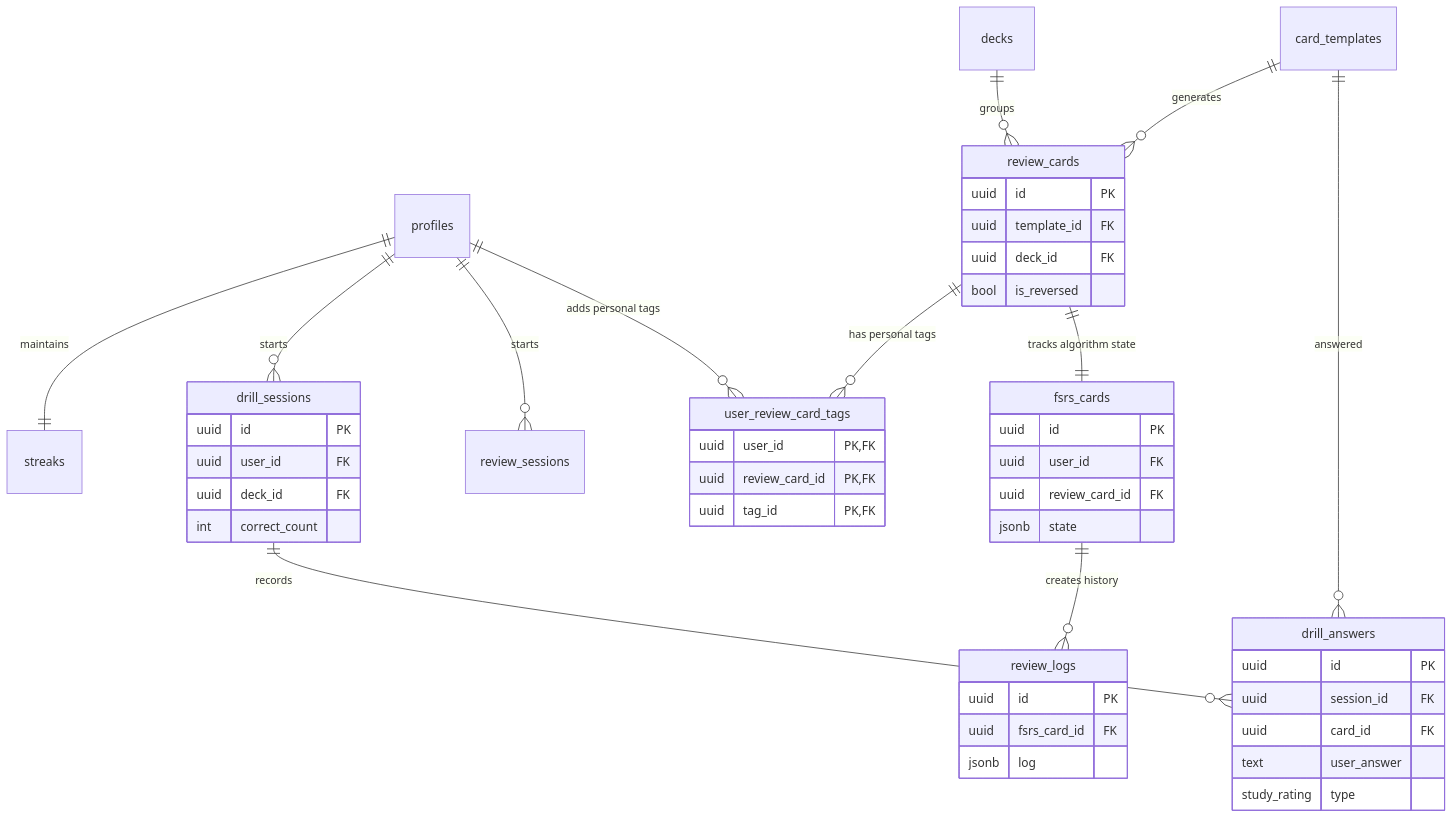
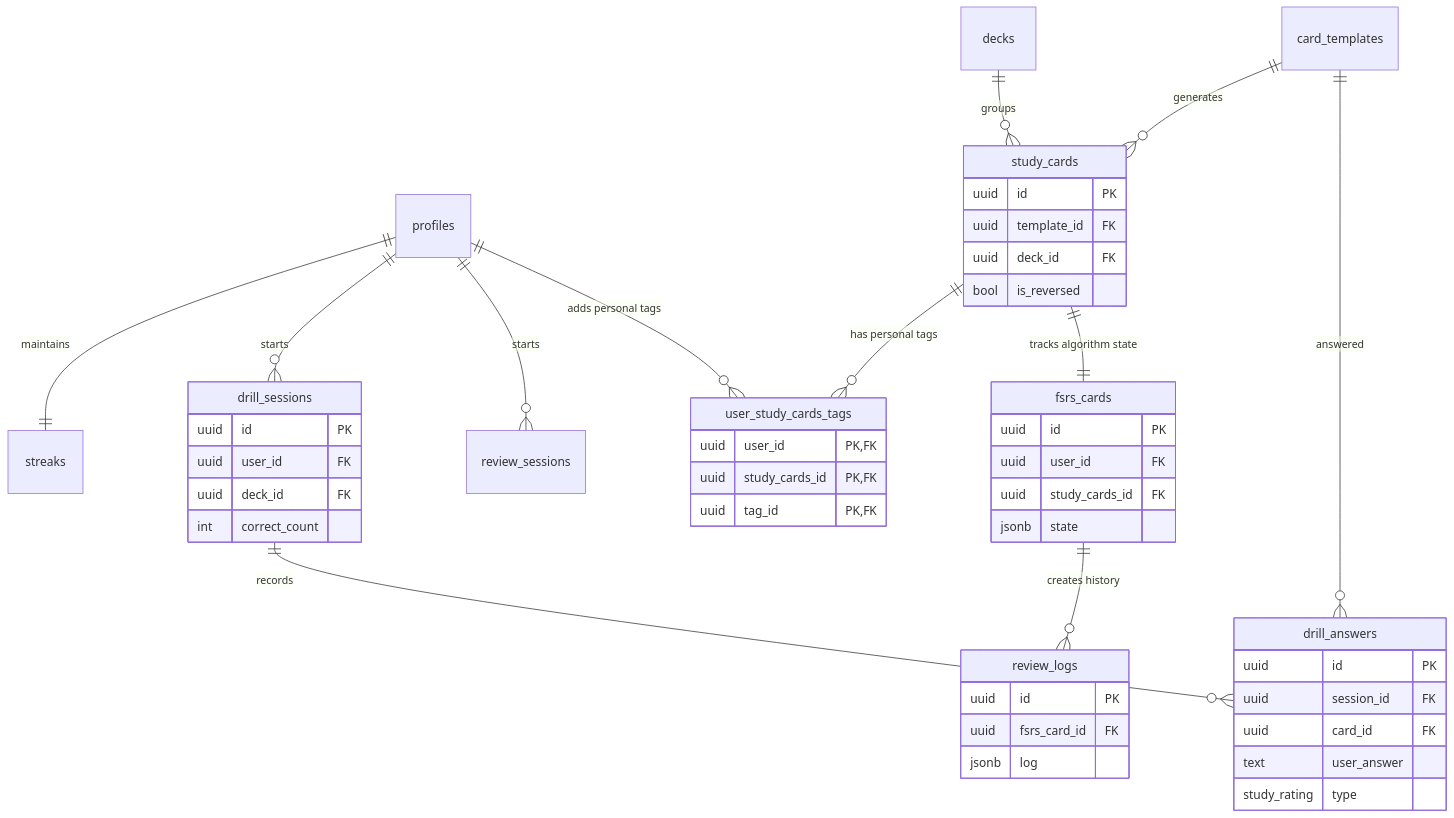
One commit to GuyWithBag/boo_mondai changed the fourth of 6 diagrams in supabase/context/schema_diagram.md. Above: the diagram before and after it, drawn with Mermaid. The commit also changed 64 other files, not shown here.

Commit message:
refactor(StudyCard): Renamed ReviewCard to StudyCard and changed folder structure accordingly

````diff
--- a/supabase/context/schema_diagram.md
+++ b/supabase/context/schema_diagram.md
@@ -143,60 +143,60 @@
 ```mermaid
 erDiagram
     profiles ||--|| streaks : "maintains"
     profiles ||--o{ drill_sessions : "starts"
     profiles ||--o{ review_sessions : "starts"
     
-    decks ||--o{ review_cards : "groups"
-    card_templates ||--o{ review_cards : "generates"
+    decks ||--o{ study_cards : "groups"
+    card_templates ||--o{ study_cards : "generates"
     
-    review_cards {
+    study_cards {
         uuid id PK
         uuid template_id FK
         uuid deck_id FK
         bool is_reversed
     }
 
-    user_review_card_tags {
+    user_study_cards_tags {
         uuid user_id PK, FK
-        uuid review_card_id PK, FK
+        uuid study_cards_id PK, FK
         uuid tag_id PK, FK
     }
 
     fsrs_cards {
         uuid id PK
         uuid user_id FK
-        uuid review_card_id FK
+        uuid study_cards_id FK
         jsonb state
     }
 
     review_logs {
         uuid id PK
         uuid fsrs_card_id FK
         jsonb log
     }
 
     drill_sessions {
         uuid id PK
         uuid user_id FK
         uuid deck_id FK
         int correct_count
     }
 
     drill_answers {
         uuid id PK
         uuid session_id FK
         uuid card_id FK
         text user_answer
         study_rating type
     }
 
-    profiles ||--o{ user_review_card_tags : "adds personal tags"
-    review_cards ||--o{ user_review_card_tags : "has personal tags"
+    profiles ||--o{ user_study_cards_tags : "adds personal tags"
+    study_cards ||--o{ user_study_cards_tags : "has personal tags"
     
-    review_cards ||--|| fsrs_cards : "tracks algorithm state"
+    study_cards ||--|| fsrs_cards : "tracks algorithm state"
     fsrs_cards ||--o{ review_logs : "creates history"
     
     drill_sessions ||--o{ drill_answers : "records"
     card_templates ||--o{ drill_answers : "answered"
 
 ```
````
